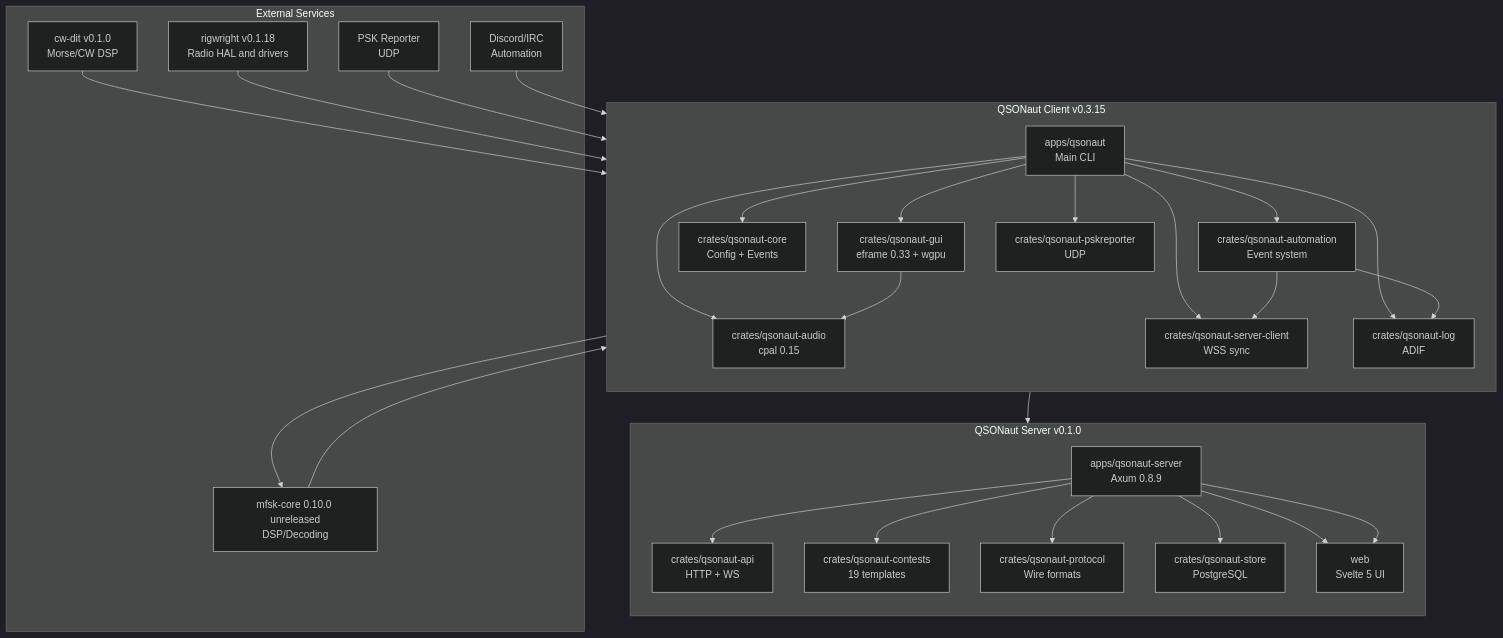
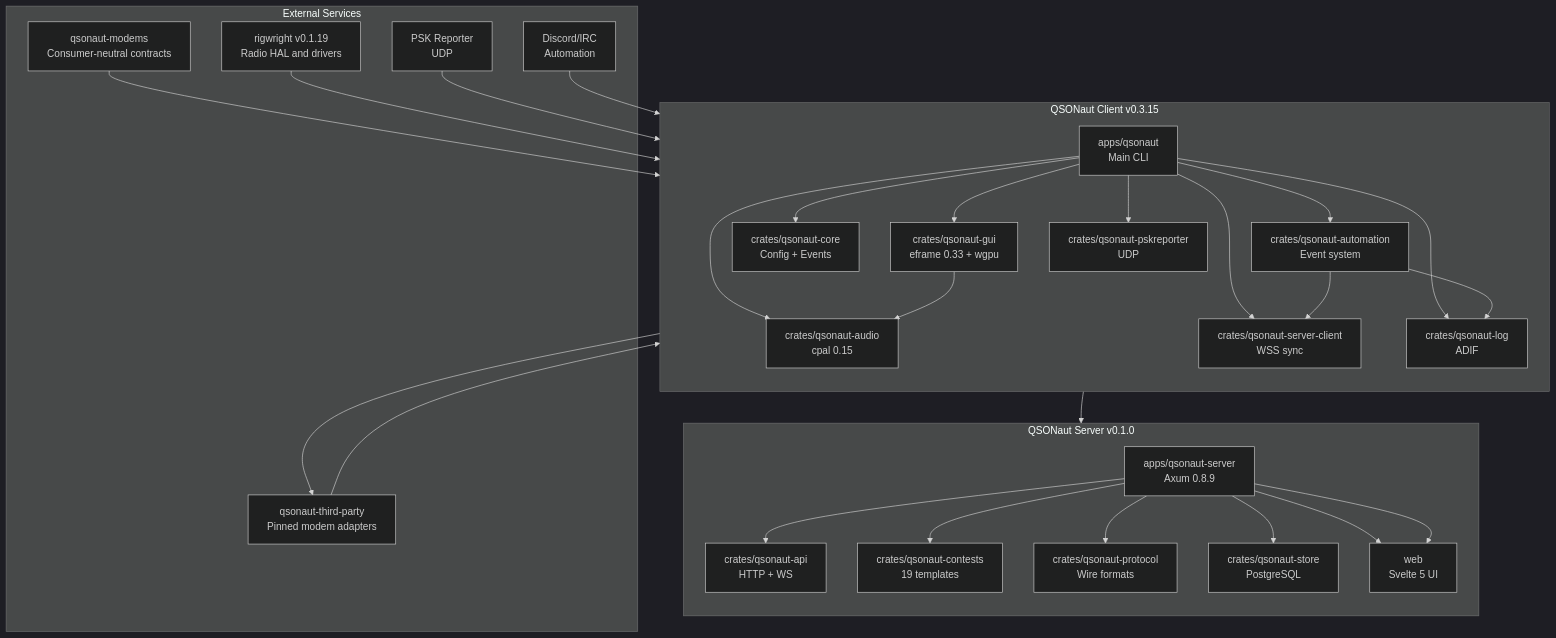
One commit to nicksbar/QSONaut changed the first of 6 diagrams in docs/ARCHITECTURE.md. Above: the diagram before and after it, drawn with Mermaid (dark theme). The commit also changed other lines of this file and 6 other files, not shown here.

````diff
--- a/docs/ARCHITECTURE.md
+++ b/docs/ARCHITECTURE.md
@@ -5,45 +5,45 @@
 ```mermaid
 graph TB
     subgraph QSONaut_Client["QSONaut Client v0.3.15"]
         direction TB
         A[apps/qsonaut<br/>Main CLI]
         A --> B[crates/qsonaut-gui<br/>eframe 0.33 + wgpu]
         A --> C[crates/qsonaut-core<br/>Config + Events]
         A --> F[crates/qsonaut-audio<br/>cpal 0.15]
         A --> G[crates/qsonaut-automation<br/>Event system]
         A --> H[crates/qsonaut-server-client<br/>WSS sync]
         A --> I[crates/qsonaut-log<br/>ADIF]
         A --> J[crates/qsonaut-pskreporter<br/>UDP]
         
         B --> F
         G --> H
         G --> I
     end
     
     subgraph QSONaut_Server["QSONaut Server v0.1.0"]
         direction TB
         K[apps/qsonaut-server<br/>Axum 0.8.9]
         K --> L[crates/qsonaut-api<br/>HTTP + WS]
         K --> M[crates/qsonaut-contests<br/>19 templates]
         K --> N[crates/qsonaut-protocol<br/>Wire formats]
         K --> O[crates/qsonaut-store<br/>PostgreSQL]
         K --> P[web<br/>Svelte 5 UI]
     end
     
     subgraph External["External Services"]
-        Q[mfsk-core 0.10.0 unreleased<br/>DSP/Decoding]
-        U[cw-dit v0.1.0<br/>Morse/CW DSP]
-        R[rigwright v0.1.18<br/>Radio HAL and drivers]
+        Q[qsonaut-third-party<br/>Pinned modem adapters]
+        U[qsonaut-modems<br/>Consumer-neutral contracts]
+        R[rigwright v0.1.19<br/>Radio HAL and drivers]
         S[PSK Reporter<br/>UDP]
         T[Discord/IRC<br/>Automation]
     end
     
     Q --> B
     U --> B
     F --> Q
     R --> A
     S --> I
     T --> G
     H --> K
     K --> P
 ```
````
